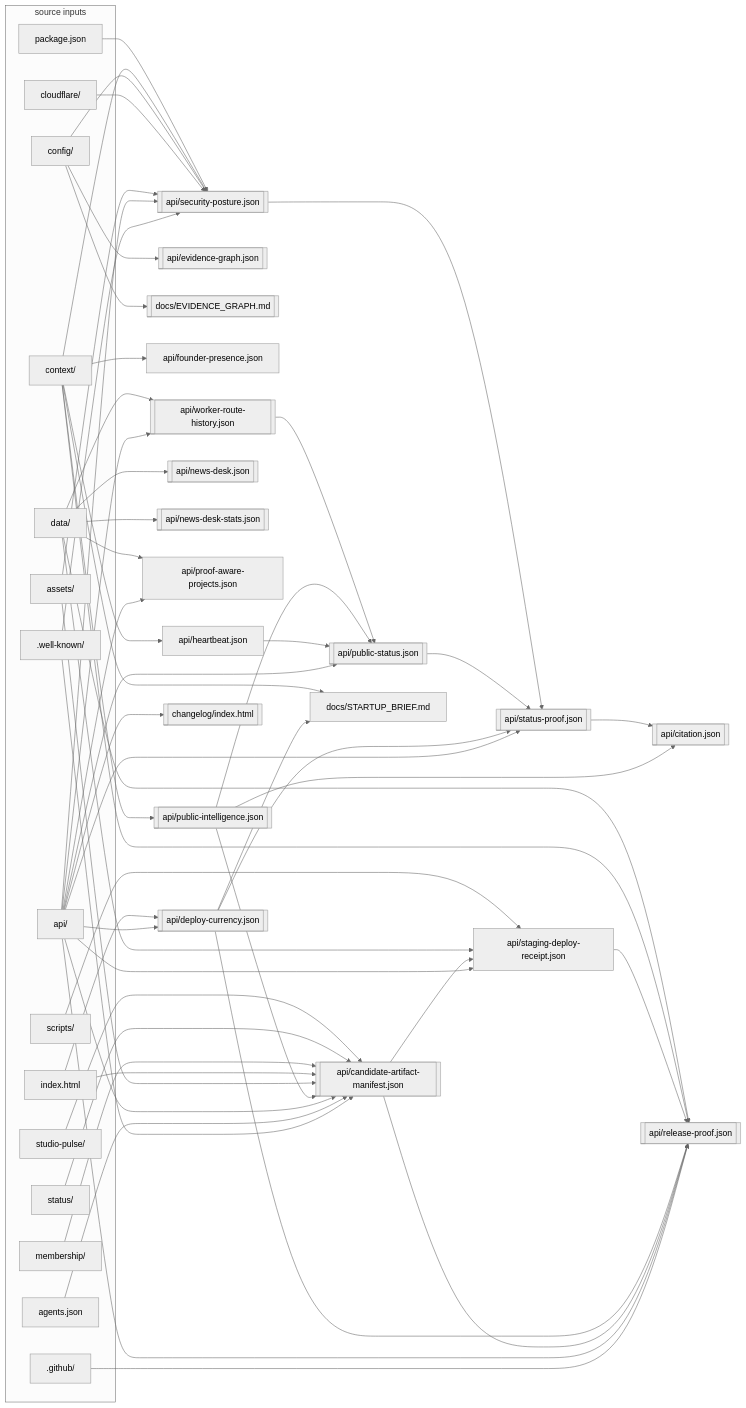
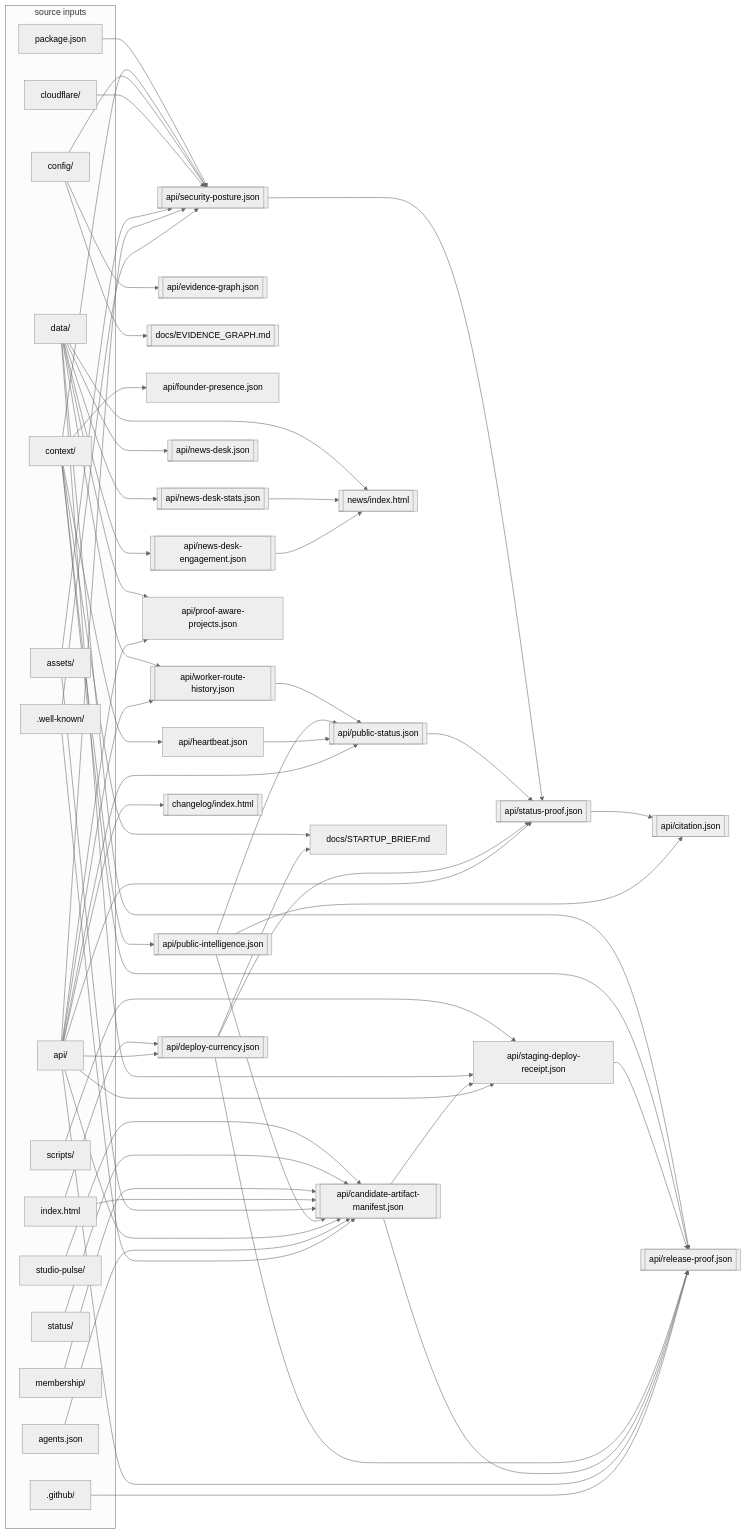
Before and after one commit to VaultSparkStudios/VaultSparkStudios.github.io: the diagram in docs/EVIDENCE_GRAPH.md, drawn with Mermaid (neutral theme). The commit also changed other lines of this file and 46 other files, not shown here.

```diff
--- a/docs/EVIDENCE_GRAPH.md
+++ b/docs/EVIDENCE_GRAPH.md
@@ -54,7 +54,9 @@
   n_api_founder_presence_json["api/founder-presence.json"]
   n_api_heartbeat_json["api/heartbeat.json"]
   n_api_news_desk_json[["api/news-desk.json"]]
+  n_api_news_desk_engagement_json[["api/news-desk-engagement.json"]]
   n_api_news_desk_stats_json[["api/news-desk-stats.json"]]
+  n_news_index_html[["news/index.html"]]
   n_api_proof_aware_projects_json["api/proof-aware-projects.json"]
   n_api_public_intelligence_json[["api/public-intelligence.json"]]
   n_api_public_status_json[["api/public-status.json"]]
@@ -85,6 +87,8 @@
   n_api_deploy_currency_json --> n_api_status_proof_json
   n_api_deploy_currency_json --> n_docs_STARTUP_BRIEF_md
   n_api_heartbeat_json --> n_api_public_status_json
+  n_api_news_desk_engagement_json --> n_news_index_html
+  n_api_news_desk_stats_json --> n_news_index_html
   n_api_public_intelligence_json --> n_api_candidate_artifact_manifest_json
   n_api_public_intelligence_json --> n_api_citation_json
   n_api_public_intelligence_json --> n_api_public_status_json
@@ -105,12 +109,14 @@
   n_context_ --> n_api_release_proof_json
   n_context_ --> n_api_security_posture_json
   n_context_ --> n_docs_STARTUP_BRIEF_md
+  n_data_ --> n_api_news_desk_engagement_json
   n_data_ --> n_api_news_desk_json
   n_data_ --> n_api_news_desk_stats_json
   n_data_ --> n_api_proof_aware_projects_json
   n_data_ --> n_api_release_proof_json
   n_data_ --> n_api_staging_deploy_receipt_json
   n_data_ --> n_api_worker_route_history_json
+  n_data_ --> n_news_index_html
   n_index_html --> n_api_candidate_artifact_manifest_json
   n_index_html --> n_api_deploy_currency_json
   n_membership_ --> n_api_candidate_artifact_manifest_json
```
